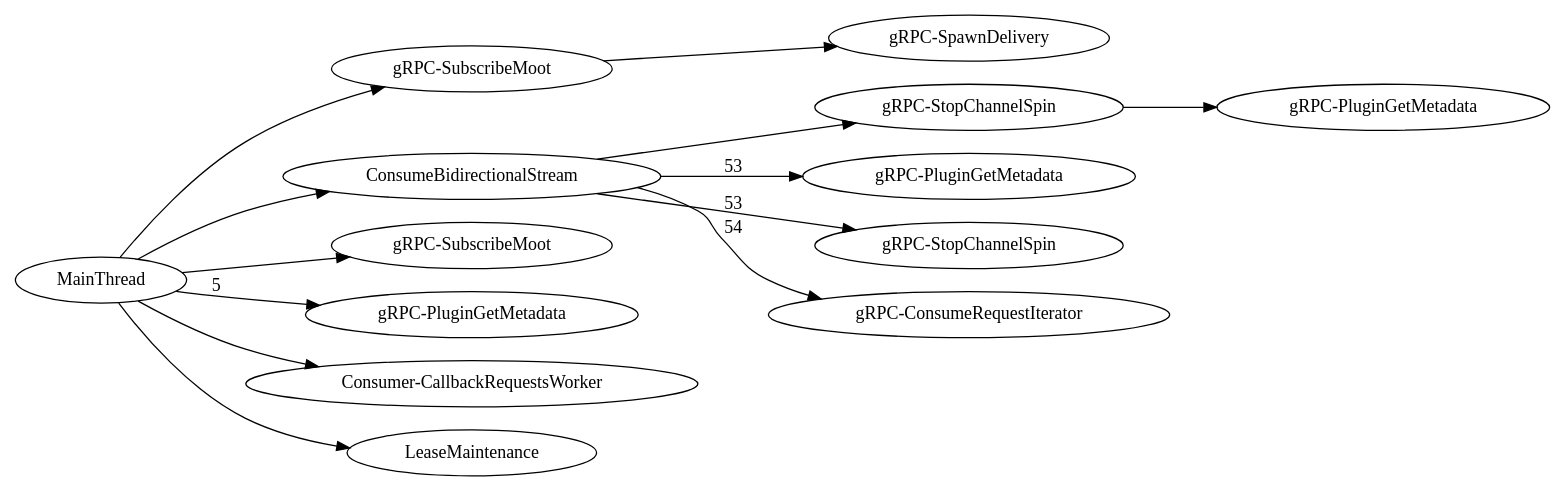
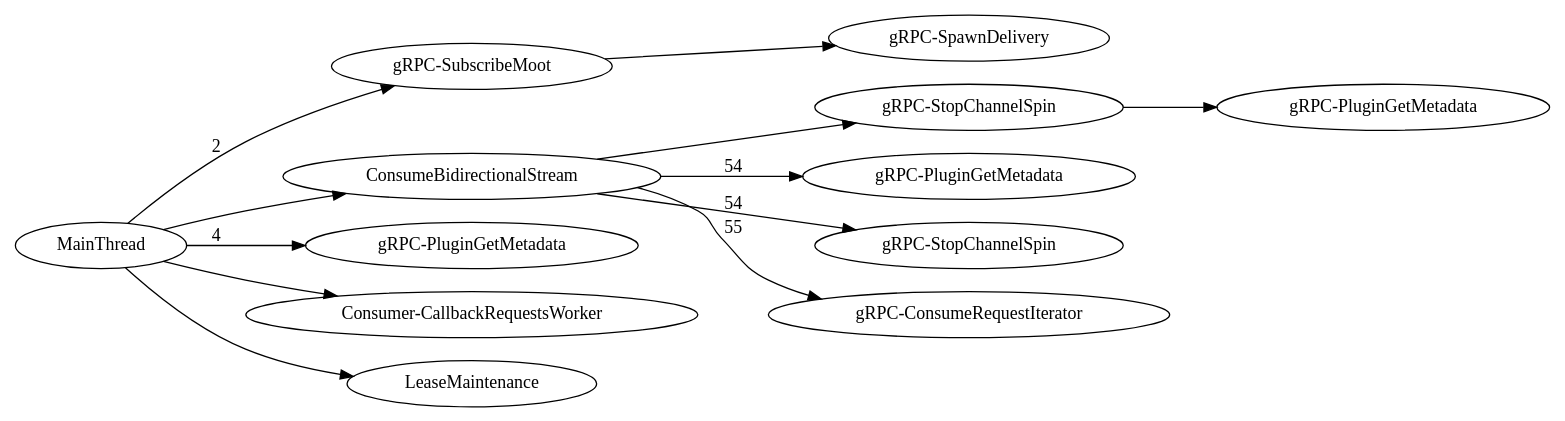
Before and after one commit to dhermes/google-cloud-pubsub-performance: the diagram in no-messages-too/0.29.4.dot, drawn with Graphviz. The commit also changed 4 other files, not shown here.

```diff
--- a/no-messages-too/0.29.4.dot
+++ b/no-messages-too/0.29.4.dot
@@ -1,63 +1,58 @@
 digraph G {
 rankdir=LR;
-subgraph  {
-}
-
 subgraph  {
 subgraph  {
 }
 
-"Thread-gRPC-SubscribeMoot+" -> "Thread-gRPC-SpawnDelivery";
+"Thread-gRPC-SubscribeMoot" -> "Thread-gRPC-SpawnDelivery";
 }
 
 subgraph  {
 }
 
 subgraph  {
 }
 
 subgraph  {
 subgraph  {
 }
 
 subgraph  {
 }
 
 subgraph  {
 }
 
 subgraph  {
 subgraph  {
 }
 
 "Thread-gRPC-StopChannelSpin+++++++++++++++++++++++++++++++++++++++++" -> "Thread-gRPC-PluginGetMetadata+++++++++++++++++++++++++++++++++++++++++++";
 }
 
-"Thread-ConsumeBidirectionalStream" -> "Thread-gRPC-PluginGetMetadata++"  [label=53];
-"Thread-ConsumeBidirectionalStream" -> "Thread-gRPC-StopChannelSpin"  [label=53];
-"Thread-ConsumeBidirectionalStream" -> "Thread-gRPC-ConsumeRequestIterator"  [label=54];
+"Thread-ConsumeBidirectionalStream" -> "Thread-gRPC-PluginGetMetadata++"  [label=54];
+"Thread-ConsumeBidirectionalStream" -> "Thread-gRPC-StopChannelSpin"  [label=54];
+"Thread-ConsumeBidirectionalStream" -> "Thread-gRPC-ConsumeRequestIterator"  [label=55];
 "Thread-ConsumeBidirectionalStream" -> "Thread-gRPC-StopChannelSpin+++++++++++++++++++++++++++++++++++++++++";
 }
 
 subgraph  {
 }
 
-MainThread -> "Thread-gRPC-SubscribeMoot";
-MainThread -> "Thread-gRPC-SubscribeMoot+";
-MainThread -> "Thread-gRPC-PluginGetMetadata"  [label=5];
+MainThread -> "Thread-gRPC-SubscribeMoot"  [label=2];
+MainThread -> "Thread-gRPC-PluginGetMetadata"  [label=4];
 MainThread -> "Thread-Consumer-CallbackRequestsWorker";
 MainThread -> "Thread-ConsumeBidirectionalStream";
 MainThread -> "Thread-LeaseMaintenance";
+"Thread-gRPC-SubscribeMoot" [label="gRPC-SubscribeMoot"];
+"Thread-gRPC-StopChannelSpin" [label="gRPC-StopChannelSpin"];
+"Thread-ConsumeBidirectionalStream" [label=ConsumeBidirectionalStream];
+"Thread-gRPC-StopChannelSpin+++++++++++++++++++++++++++++++++++++++++" [label="gRPC-StopChannelSpin"];
+"Thread-Consumer-CallbackRequestsWorker" [label="Consumer-CallbackRequestsWorker"];
+"Thread-LeaseMaintenance" [label=LeaseMaintenance];
+"Thread-gRPC-PluginGetMetadata" [label="gRPC-PluginGetMetadata"];
+"Thread-gRPC-PluginGetMetadata+++++++++++++++++++++++++++++++++++++++++++" [label="gRPC-PluginGetMetadata"];
 "Thread-gRPC-ConsumeRequestIterator" [label="gRPC-ConsumeRequestIterator"];
-"Thread-gRPC-StopChannelSpin+++++++++++++++++++++++++++++++++++++++++" [label="gRPC-StopChannelSpin"];
+"Thread-gRPC-PluginGetMetadata++" [label="gRPC-PluginGetMetadata"];
 "Thread-gRPC-SpawnDelivery" [label="gRPC-SpawnDelivery"];
-"Thread-gRPC-SubscribeMoot" [label="gRPC-SubscribeMoot"];
-"Thread-gRPC-PluginGetMetadata+++++++++++++++++++++++++++++++++++++++++++" [label="gRPC-PluginGetMetadata"];
-"Thread-LeaseMaintenance" [label=LeaseMaintenance];
-"Thread-gRPC-PluginGetMetadata++" [label="gRPC-PluginGetMetadata"];
-"Thread-ConsumeBidirectionalStream" [label=ConsumeBidirectionalStream];
-"Thread-gRPC-PluginGetMetadata" [label="gRPC-PluginGetMetadata"];
-"Thread-gRPC-SubscribeMoot+" [label="gRPC-SubscribeMoot"];
-"Thread-Consumer-CallbackRequestsWorker" [label="Consumer-CallbackRequestsWorker"];
-"Thread-gRPC-StopChannelSpin" [label="gRPC-StopChannelSpin"];
 }
```
